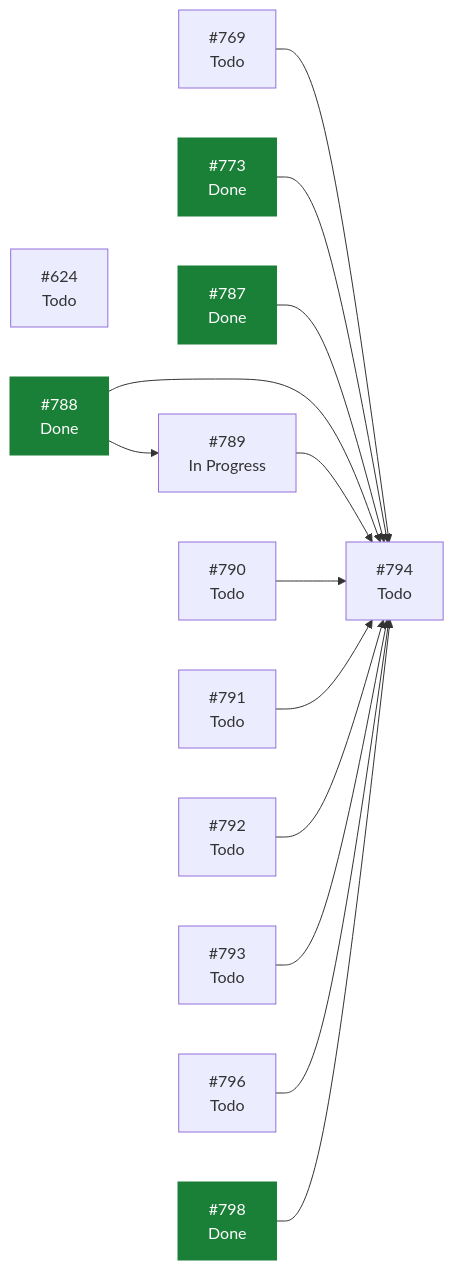
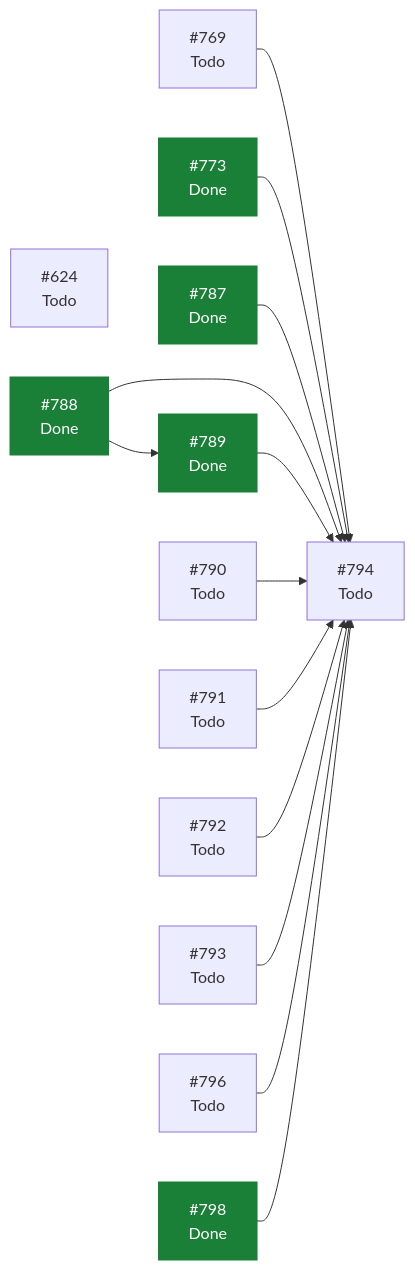
One commit to ecamp0s/evault changed the diagram in docs/planning/STATUS.md. Above: the diagram before and after it, drawn with Mermaid. The commit also changed other lines of this file, not shown here.

````diff
--- a/docs/planning/STATUS.md
+++ b/docs/planning/STATUS.md
@@ -96,30 +95,30 @@
 ```mermaid
 graph LR
   I624["#624<br/>Todo"]
   I769["#769<br/>Todo"]
   I773["#773<br/>Done"]
   I787["#787<br/>Done"]
   I788["#788<br/>Done"]
-  I789["#789<br/>In Progress"]
+  I789["#789<br/>Done"]
   I790["#790<br/>Todo"]
   I791["#791<br/>Todo"]
   I792["#792<br/>Todo"]
   I793["#793<br/>Todo"]
   I794["#794<br/>Todo"]
   I796["#796<br/>Todo"]
   I798["#798<br/>Done"]
   I769 --> I794
   I773 --> I794
   I787 --> I794
   I788 --> I789
   I788 --> I794
   I789 --> I794
   I790 --> I794
   I791 --> I794
   I792 --> I794
   I793 --> I794
   I796 --> I794
   I798 --> I794
   classDef hecho fill:#1a7f37,stroke:#1a7f37,color:#fff;
-  class I773,I787,I788,I798 hecho;
+  class I773,I787,I788,I789,I798 hecho;
 ```
````
